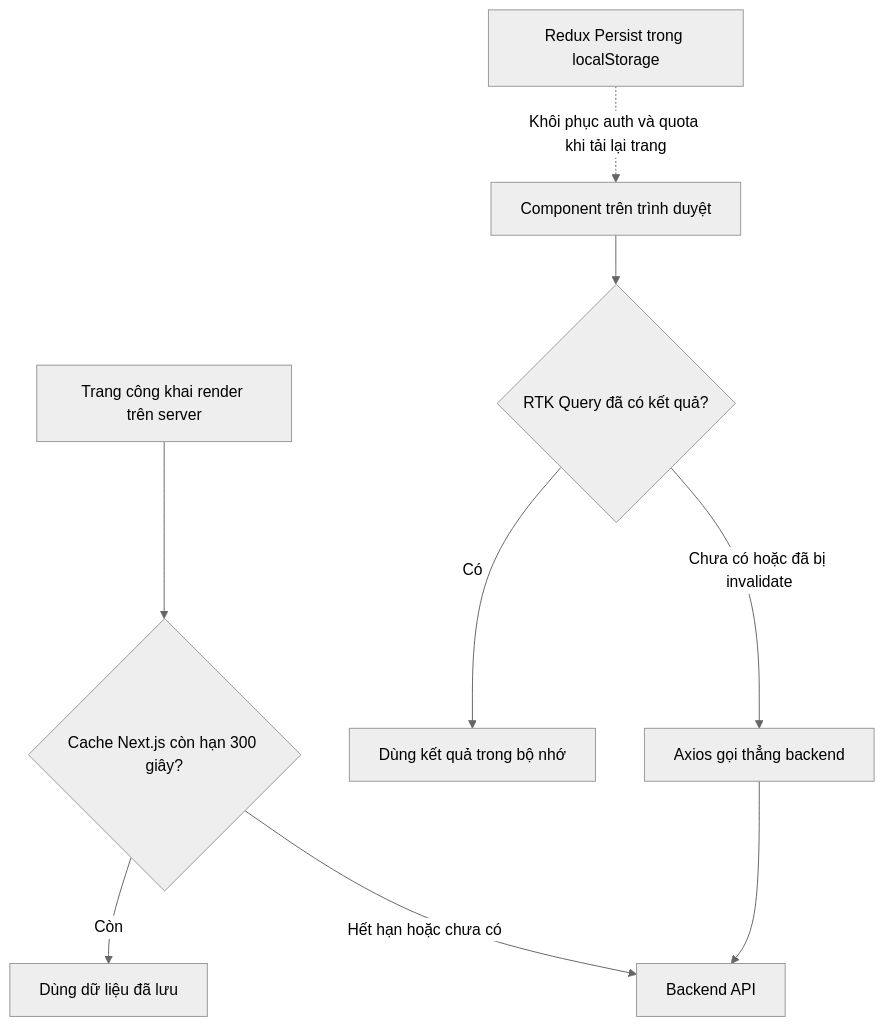
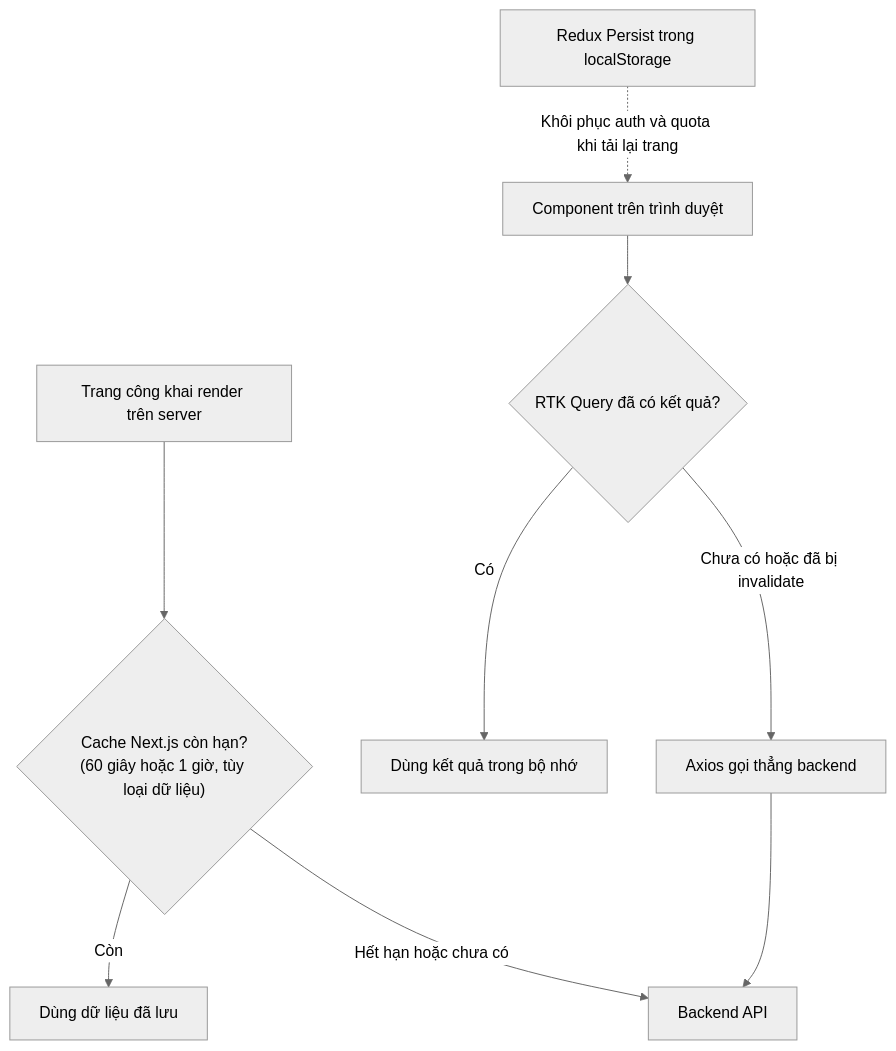
One commit to QuocDuy21-10/it-job-portal-fe changed the diagram in docs/02-architecture/caching-strategy.md. Above: the diagram before and after it, drawn with Mermaid (neutral theme). The commit also changed other lines of this file and 16 other files, not shown here.

Commit message:
docs: describe per-type cache times and server-rendered home data

````diff
--- a/docs/02-architecture/caching-strategy.md
+++ b/docs/02-architecture/caching-strategy.md
@@ -18,11 +18,11 @@
 ```mermaid
 flowchart TD
-    Server["Trang công khai render trên server"] --> NextCache{"Cache Next.js còn hạn 300 giây?"}
+    Server["Trang công khai render trên server"] --> NextCache{"Cache Next.js còn hạn?<br/>(60 giây hoặc 1 giờ, tùy loại dữ liệu)"}
     NextCache -- "Còn" --> ServerData["Dùng dữ liệu đã lưu"]
     NextCache -- "Hết hạn hoặc chưa có" --> BE["Backend API"]
     Browser["Component trên trình duyệt"] --> RTK{"RTK Query đã có kết quả?"}
     RTK -- "Có" --> BrowserData["Dùng kết quả trong bộ nhớ"]
     RTK -- "Chưa có hoặc đã bị invalidate" --> Axios["Axios gọi thẳng backend"]
     Axios --> BE
     Persist["Redux Persist trong localStorage"] -. "Khôi phục auth và quota khi tải lại trang" .-> Browser
 ```
````
